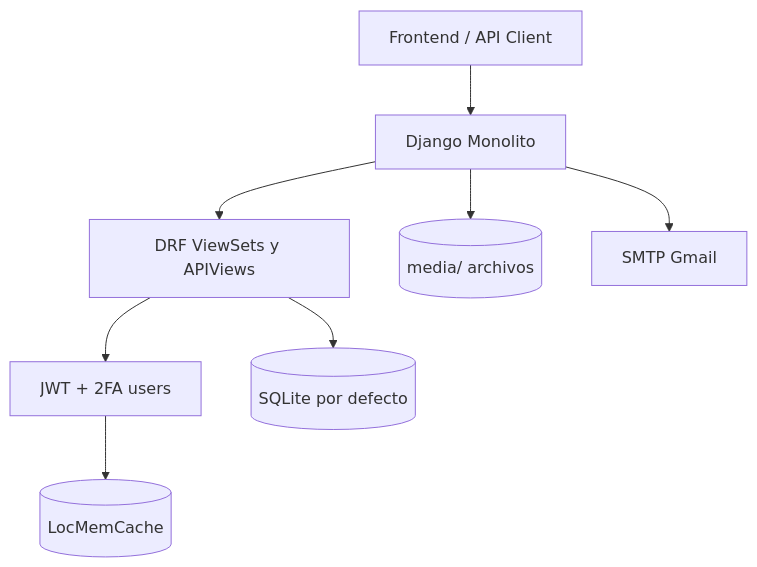
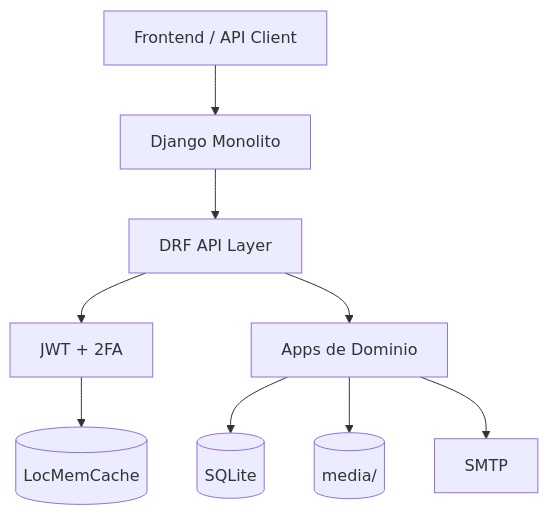
Before and after one commit to Edisonnarvaez/portal_web_backend: the first of 3 diagrams in architecture.md, drawn with Mermaid. The commit also changed other lines of this file and 1 other file, not shown here.

````diff
--- a/architecture.md
+++ b/architecture.md
@@ -21,19 +81,21 @@
 ```mermaid
 graph TD
-    Client[Frontend / API Client]
-    Django[Django Monolito]
-    DRF[DRF ViewSets y APIViews]
-    Auth[JWT + 2FA users]
-    DB[(SQLite por defecto)]
-    Cache[(LocMemCache)]
-    Media[(media/ archivos)]
-    SMTP[SMTP Gmail]
+    FE[Frontend / API Client]
+    DJ[Django Monolito]
+    API[DRF API Layer]
+    AUTH[JWT + 2FA]
+    APPS[Apps de Dominio]
+    DB[(SQLite)]
+    CACHE[(LocMemCache)]
+    MEDIA[(media/)]
+    SMTP[SMTP]
 
-    Client --> Django
-    Django --> DRF
-    DRF --> Auth
-    DRF --> DB
-    Auth --> Cache
-    Django --> Media
-    Django --> SMTP
+    FE --> DJ
+    DJ --> API
+    API --> AUTH
+    API --> APPS
+    APPS --> DB
+    AUTH --> CACHE
+    APPS --> MEDIA
+    APPS --> SMTP
 ```
````
